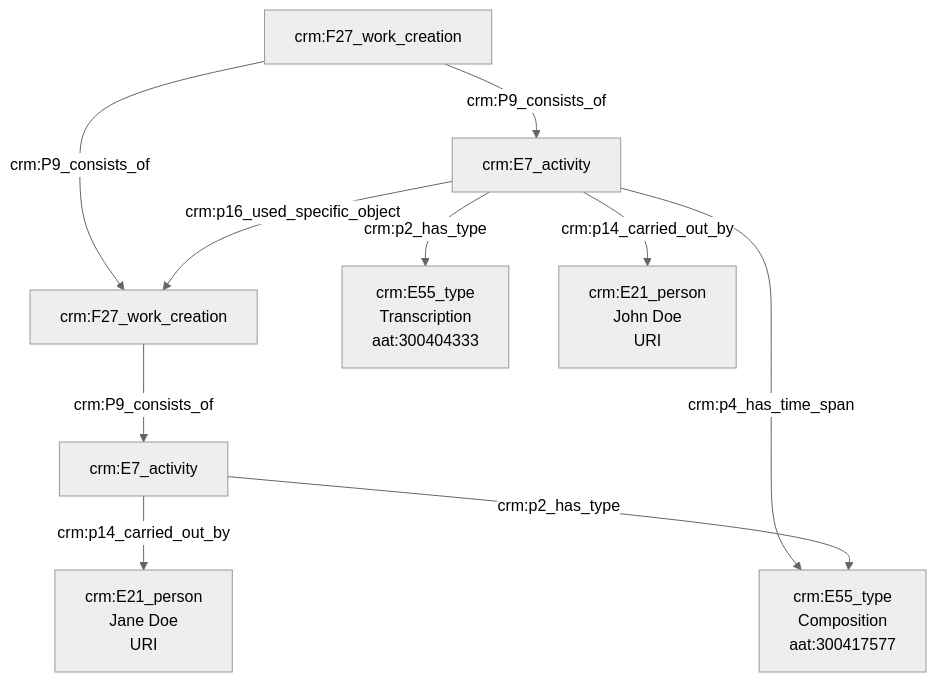
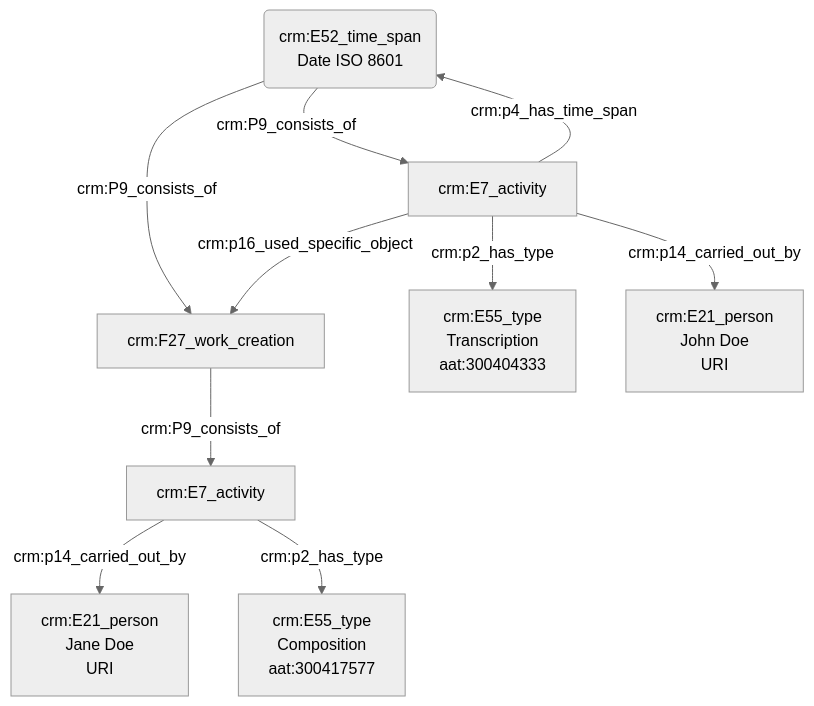
The diagram in modules/livrables/Dossier 2/Indexation conceptuelle/transcription d'une œuvre.md (Amleth/consortium-musica2-gt2-ontologies), drawn with Mermaid (neutral theme) before and after one commit.

Commit message:
Update transcription d'une œuvre.md

````diff
--- a/modules/livrables/Dossier 2/Indexation conceptuelle/transcription d'une œuvre.md
+++ b/modules/livrables/Dossier 2/Indexation conceptuelle/transcription d'une œuvre.md
@@ -18,16 +18,16 @@
 ```mermaid
 graph TD;
 
 H[crm:F27_work_creation] --> |crm:P9_consists_of| A[crm:E7_activity]
 H[crm:F27_work_creation] --> |crm:P9_consists_of| D[crm:F27_work_creation]
 
 A[crm:E7_activity] --> |crm:p2_has_type| B[crm:E55_type<br>Transcription<br>aat:300404333]
 A[crm:E7_activity] --> |crm:p14_carried_out_by| C[crm:E21_person<br>John Doe<br>URI]
 A[crm:E7_activity] --> |crm:p16_used_specific_object| D[crm:F27_work_creation]
-A[crm:E7_activity] --> |crm:p4_has_time_span| G(crm:E52_time_span<br>Date ISO 8601)
+A[crm:E7_activity] --> |crm:p4_has_time_span| H(crm:E52_time_span<br>Date ISO 8601)
 
 E[crm:E7_activity] --> |crm:p14_carried_out_by| F[crm:E21_person<br>Jane Doe<br>URI]
 E[crm:E7_activity] --> |crm:p2_has_type| G[crm:E55_type<br>Composition<br>aat:300417577]
 D[crm:F27_work_creation]  --> |crm:P9_consists_of| E[crm:E7_activity]
 
 ```
````
